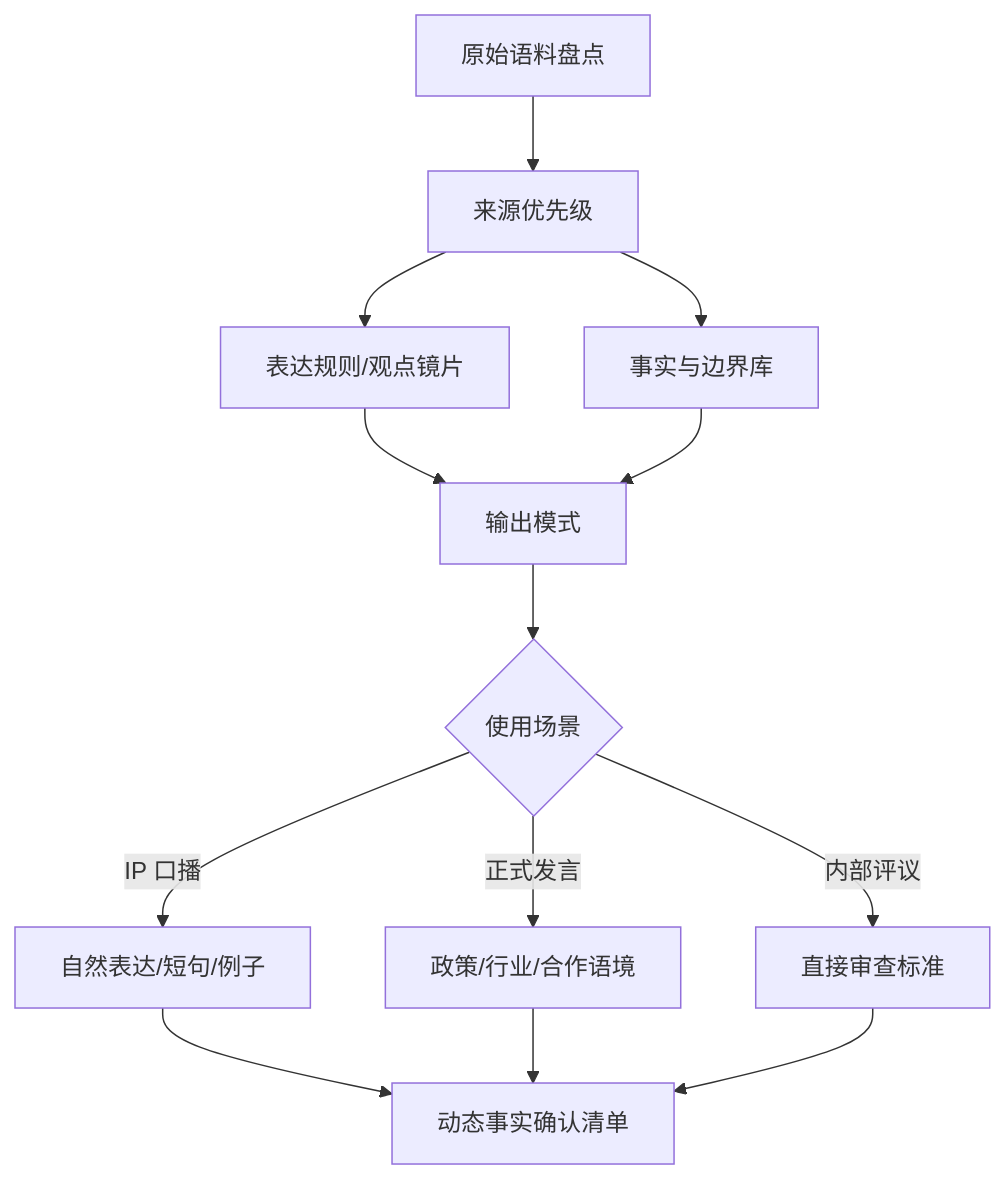
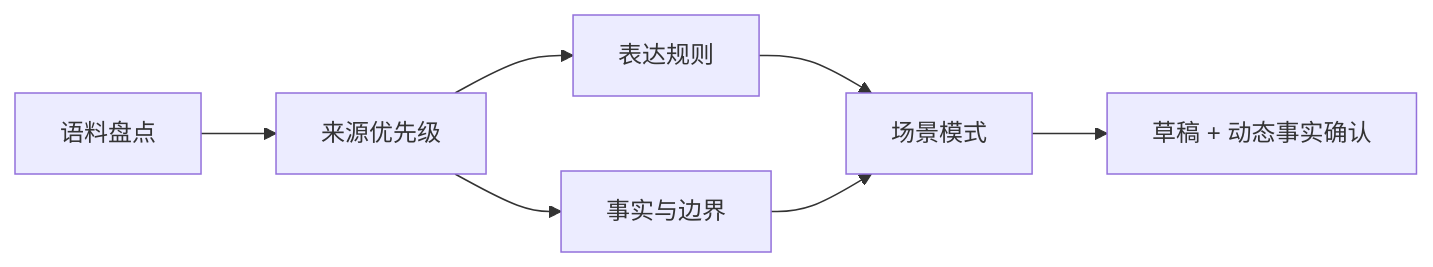
One commit to Baibaibin/ai-workflow-portfolio changed the diagram in cases/06-brand-voice-skill-template.md. Above: the diagram before and after it, drawn with Mermaid. The commit also changed other lines of this file and 18 other files, not shown here.

````diff
--- a/cases/06-brand-voice-skill-template.md
+++ b/cases/06-brand-voice-skill-template.md
@@ -13,15 +15,9 @@
 ```mermaid
-flowchart TD
-  A[原始语料盘点] --> B[来源优先级]
-  B --> C[表达规则/观点镜片]
-  B --> D[事实与边界库]
-  C --> E[输出模式]
+flowchart LR
+  A[语料盘点] --> B[来源优先级]
+  B --> C[表达规则]
+  B --> D[事实与边界]
+  C --> E[场景模式]
   D --> E
-  E --> F{使用场景}
-  F -->|IP 口播| G[自然表达/短句/例子]
-  F -->|正式发言| H[政策/行业/合作语境]
-  F -->|内部评议| I[直接审查标准]
-  G --> J[动态事实确认清单]
-  H --> J
-  I --> J
+  E --> F[草稿 + 动态事实确认]
 ```
````
